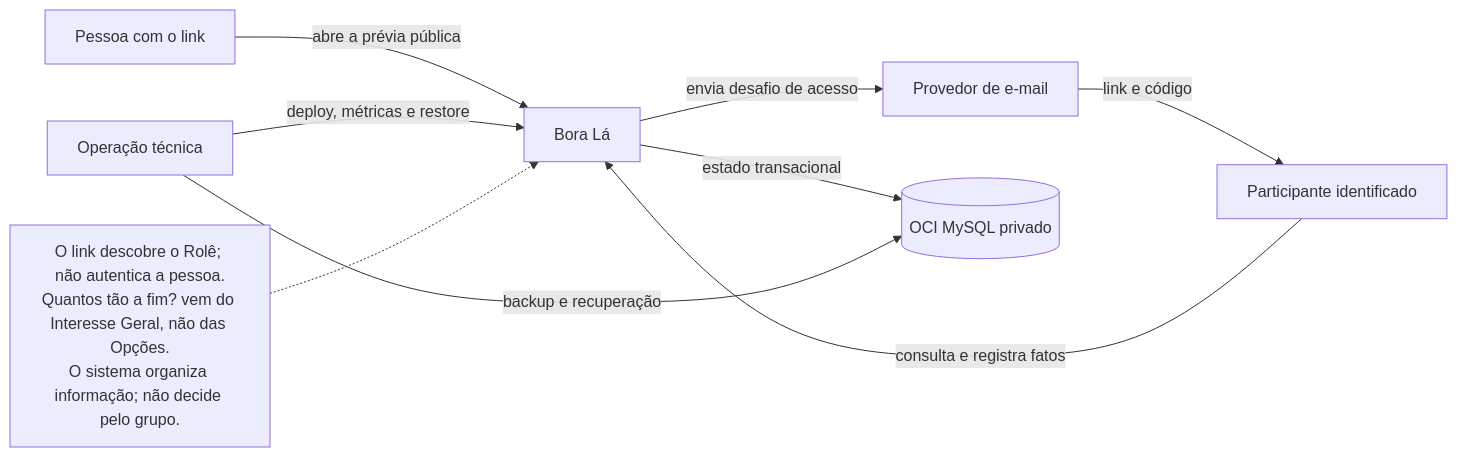
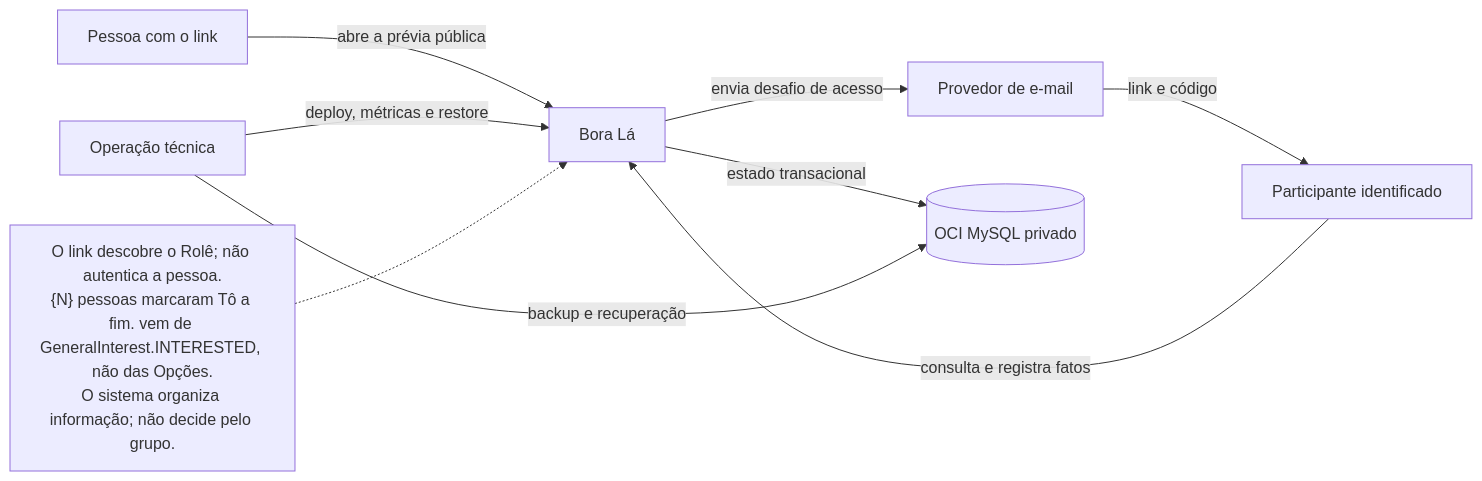
One commit to rvavretchek/borala changed the first of 11 diagrams in _bmad-output/planning-artifacts/architecture/architecture-borala-2026-08-07/UML.md. Above: the diagram before and after it, drawn with Mermaid. The commit also changed 12 other files, not shown here.

````diff
--- a/_bmad-output/planning-artifacts/architecture/architecture-borala-2026-08-07/UML.md
+++ b/_bmad-output/planning-artifacts/architecture/architecture-borala-2026-08-07/UML.md
@@ -18,13 +18,13 @@
 ```mermaid
 flowchart LR
     Guest[Pessoa com o link] -->|abre a prévia pública| BoraLa[Bora Lá]
     Participant[Participante identificado] -->|consulta e registra fatos| BoraLa
     BoraLa -->|envia desafio de acesso| EmailProvider[Provedor de e-mail]
     EmailProvider -->|link e código| Participant
     BoraLa -->|estado transacional| MySQL[(OCI MySQL privado)]
     Operator[Operação técnica] -->|deploy, métricas e restore| BoraLa
     Operator -->|backup e recuperação| MySQL
 
-    note["O link descobre o Rolê; não autentica a pessoa.<br/>Quantos tão a fim? vem do Interesse Geral, não das Opções.<br/>O sistema organiza informação; não decide pelo grupo."]
+    note["O link descobre o Rolê; não autentica a pessoa.<br/>{N} pessoas marcaram Tô a fim. vem de GeneralInterest.INTERESTED, não das Opções.<br/>O sistema organiza informação; não decide pelo grupo."]
     note -.-> BoraLa
 ```
````
